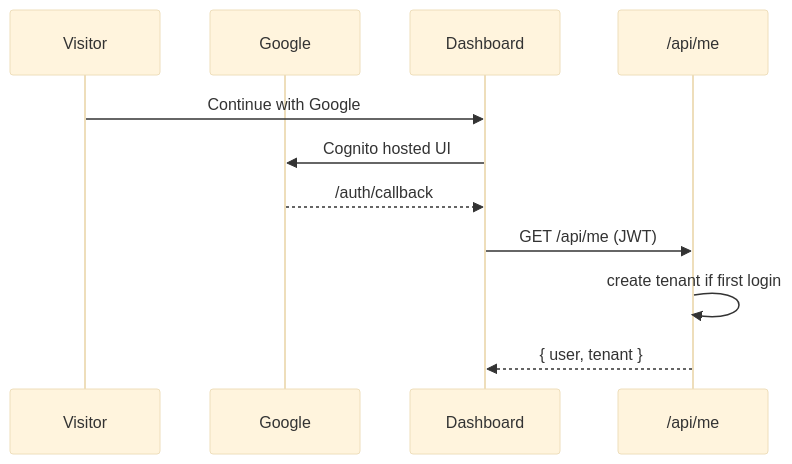
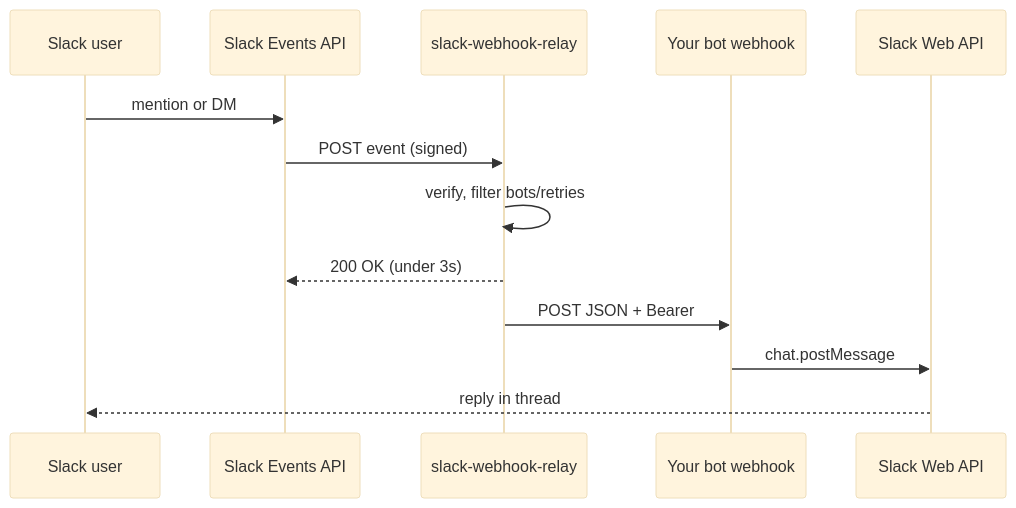
Before and after one commit to xiaopai20/easy-ai-bot-bridge: the diagram in README.md, drawn with Mermaid (base theme). The commit also changed other lines of this file and 2 other files, not shown here.

````diff
--- a/README.md
+++ b/README.md
@@ -76,13 +21,15 @@
 ```mermaid
 sequenceDiagram
-  participant Visitor
-  participant Google
-  participant Dash as Dashboard
-  participant API as /api/me
-  Visitor->>Dash: Continue with Google
-  Dash->>Google: Cognito hosted UI
-  Google-->>Dash: /auth/callback
-  Dash->>API: GET /api/me (JWT)
-  API->>API: create tenant if first login
-  API-->>Dash: { user, tenant }
+  participant U as Slack user
+  participant S as Slack Events API
+  participant R as slack-webhook-relay
+  participant B as Your bot webhook
+  participant API as Slack Web API
+  U->>S: mention or DM
+  S->>R: POST event (signed)
+  R->>R: verify, filter bots/retries
+  R-->>S: 200 OK (under 3s)
+  R->>B: POST JSON + Bearer
+  B->>API: chat.postMessage
+  API-->>U: reply in thread
 ```
````
